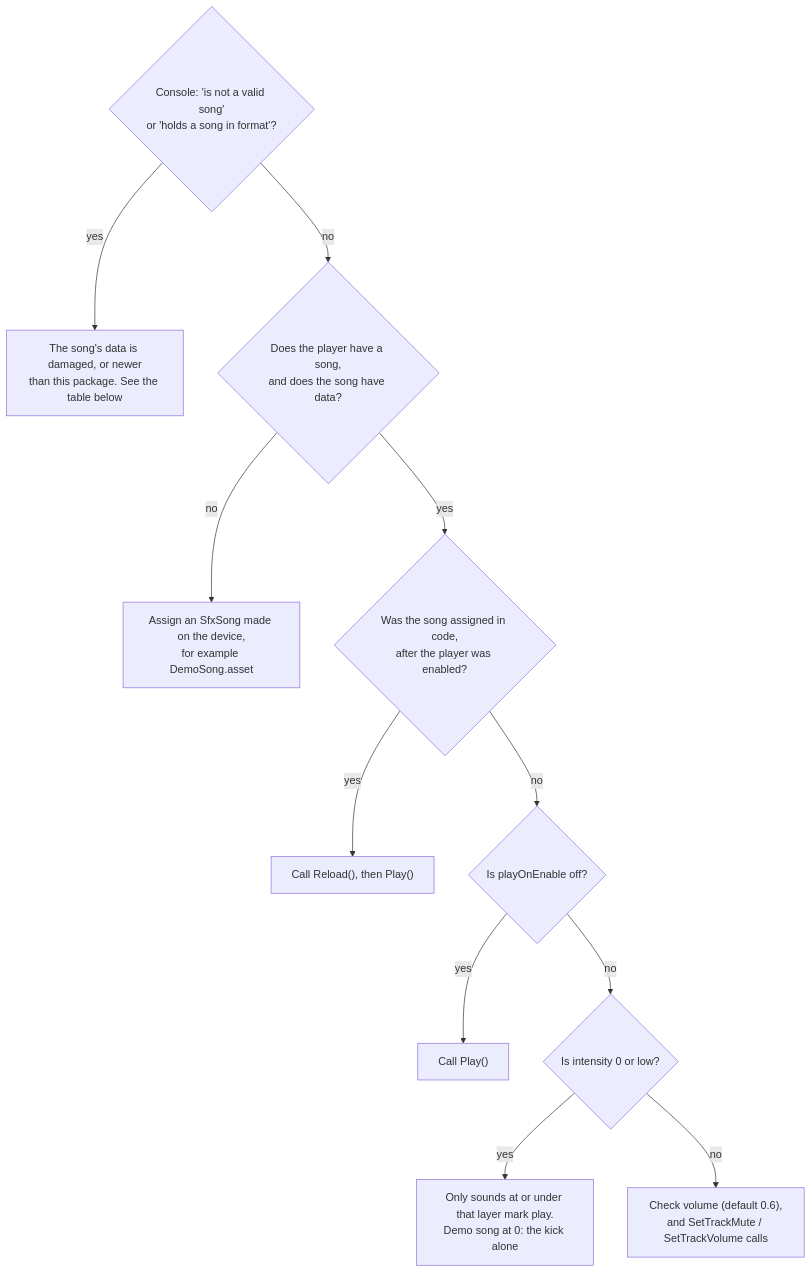
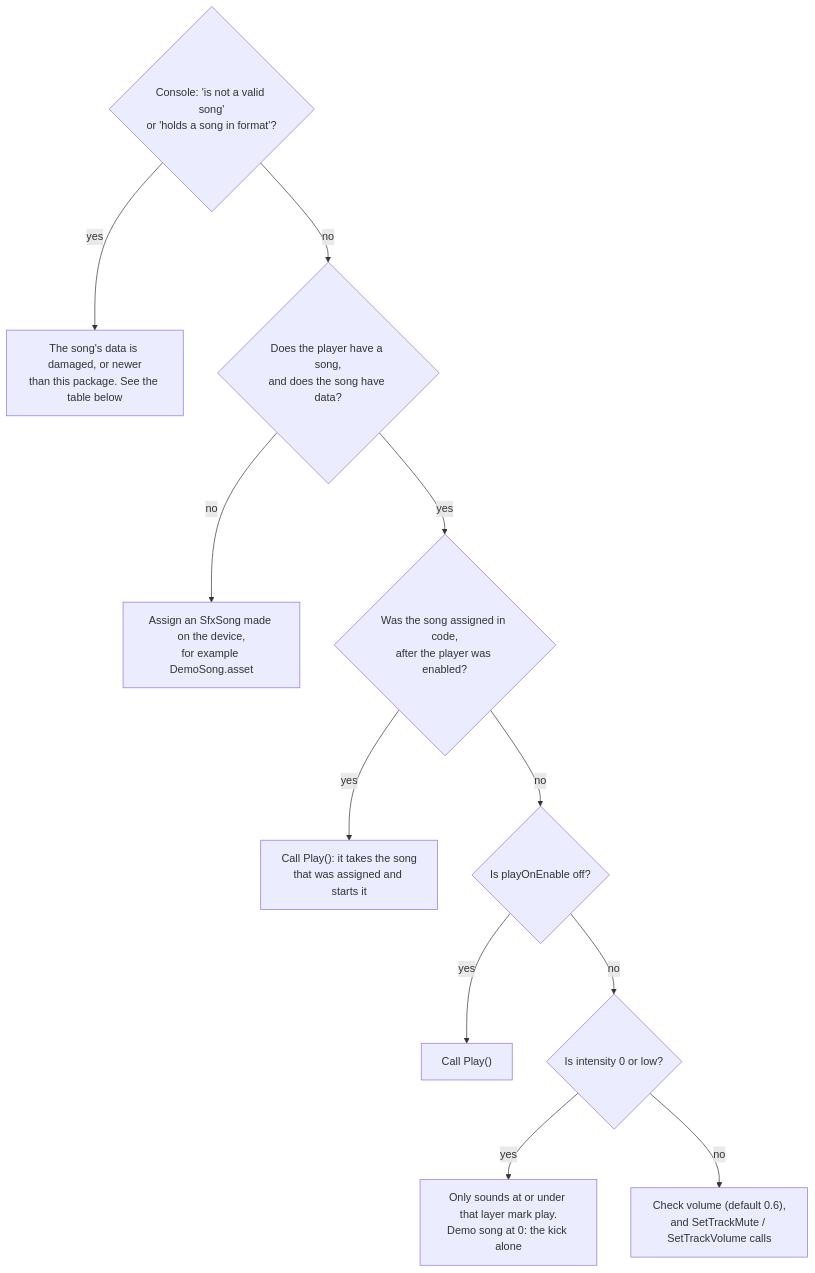
The second of 2 diagrams in wiki/Unity-Troubleshooting.md (Cat-Splat-Studios/sfx-forge), drawn with Mermaid before and after one commit. The commit also changed other lines of this file and 47 other files, not shown here.

````diff
--- a/wiki/Unity-Troubleshooting.md
+++ b/wiki/Unity-Troubleshooting.md
@@ -46,24 +46,24 @@
 ```mermaid
 flowchart TD
     A{"Console: 'is not a valid song'<br/>or 'holds a song in format'?"}
     A1["The song's data is damaged, or newer<br/>than this package. See the table below"]
     B{"Does the player have a song,<br/>and does the song have data?"}
     B1["Assign an SfxSong made on the device,<br/>for example DemoSong.asset"]
     R{"Was the song assigned in code,<br/>after the player was enabled?"}
-    R1["Call Reload(), then Play()"]
+    R1["Call Play(): it takes the song<br/>that was assigned and starts it"]
     C{"Is playOnEnable off?"}
     C1["Call Play()"]
     D{"Is intensity 0 or low?"}
     D1["Only sounds at or under that layer mark play.<br/>Demo song at 0: the kick alone"]
     E["Check volume (default 0.6),<br/>and SetTrackMute / SetTrackVolume calls"]
     A -- yes --> A1
     A -- no --> B
     B -- no --> B1
     B -- yes --> R
     R -- yes --> R1
     R -- no --> C
     C -- yes --> C1
     C -- no --> D
     D -- yes --> D1
     D -- no --> E
 ```
````
